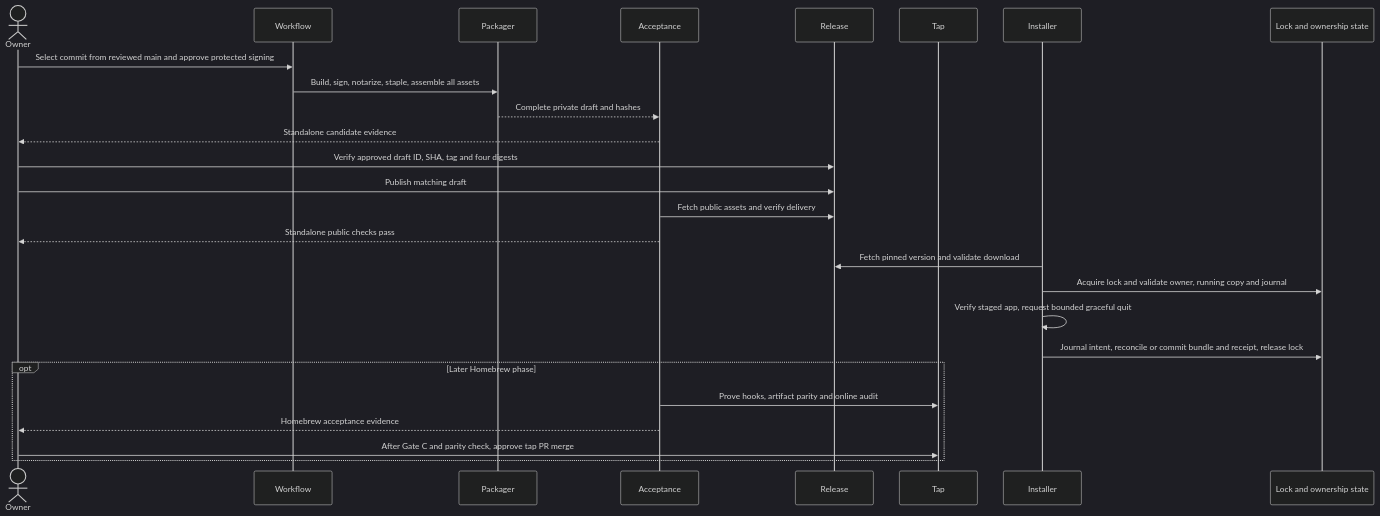
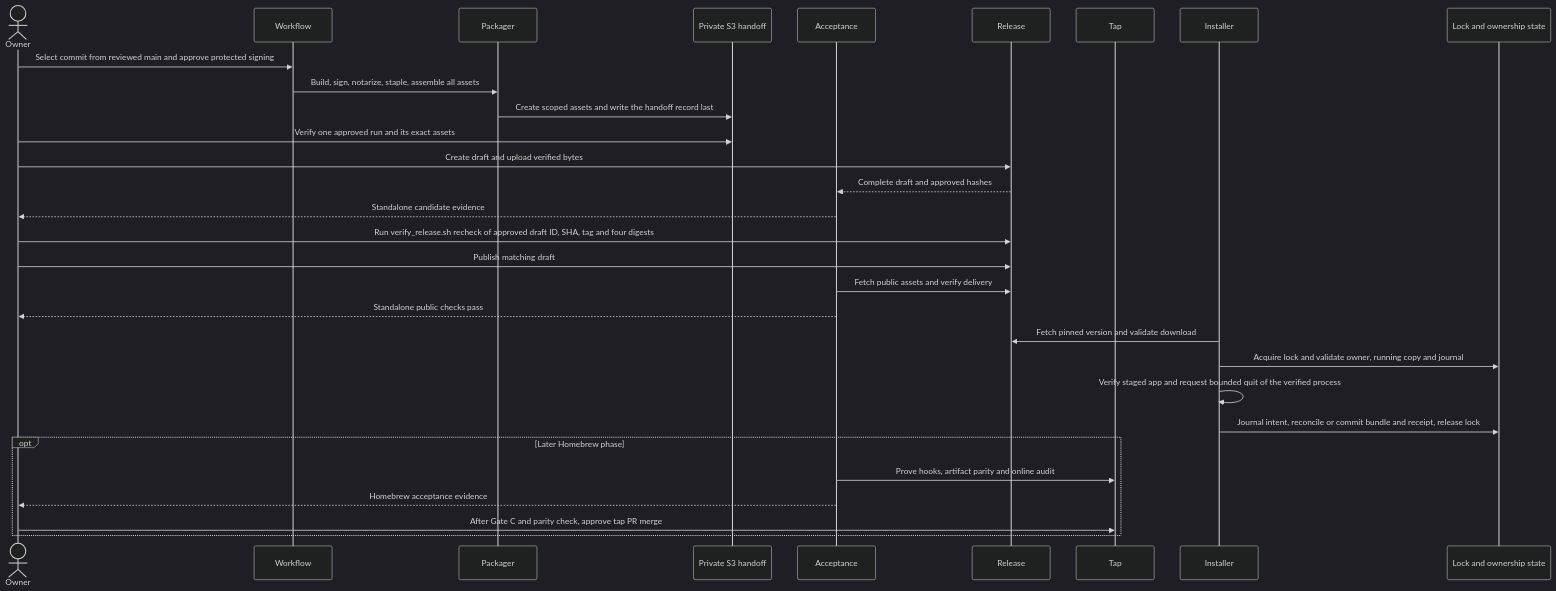
The second of 2 diagrams in docs/plans/20261117-feature-app-distribution.md (pipecat-ai/pipecat-service-toolbar), drawn with Mermaid (dark theme) before and after one commit. The commit also changed other lines of this file, not shown here.

Commit message:
docs: resolve app distribution plan review findings

````diff
--- a/docs/plans/20261117-feature-app-distribution.md
+++ b/docs/plans/20261117-feature-app-distribution.md
@@ -421,28 +610,32 @@
 ```mermaid
 sequenceDiagram
     actor Owner
     participant Workflow
     participant Packager
+    participant Store as Private S3 handoff
     participant Acceptance
     participant Release
     participant Tap
     participant Installer
     participant State as Lock and ownership state
     Owner->>Workflow: Select commit from reviewed main and approve protected signing
     Workflow->>Packager: Build, sign, notarize, staple, assemble all assets
-    Packager-->>Acceptance: Complete private draft and hashes
+    Packager->>Store: Create scoped assets and write the handoff record last
+    Owner->>Store: Verify one approved run and its exact assets
+    Owner->>Release: Create draft and upload verified bytes
+    Release-->>Acceptance: Complete draft and approved hashes
     Acceptance-->>Owner: Standalone candidate evidence
-    Owner->>Release: Verify approved draft ID, SHA, tag and four digests
+    Owner->>Release: Run verify_release.sh recheck of approved draft ID, SHA, tag and four digests
     Owner->>Release: Publish matching draft
     Acceptance->>Release: Fetch public assets and verify delivery
     Acceptance-->>Owner: Standalone public checks pass
     Installer->>Release: Fetch pinned version and validate download
     Installer->>State: Acquire lock and validate owner, running copy and journal
-    Installer->>Installer: Verify staged app, request bounded graceful quit
+    Installer->>Installer: Verify staged app and request bounded quit of the verified process
     Installer->>State: Journal intent, reconcile or commit bundle and receipt, release lock
     opt Later Homebrew phase
         Acceptance->>Tap: Prove hooks, artifact parity and online audit
         Acceptance-->>Owner: Homebrew acceptance evidence
         Owner->>Tap: After Gate C and parity check, approve tap PR merge
     end
 ```
````
